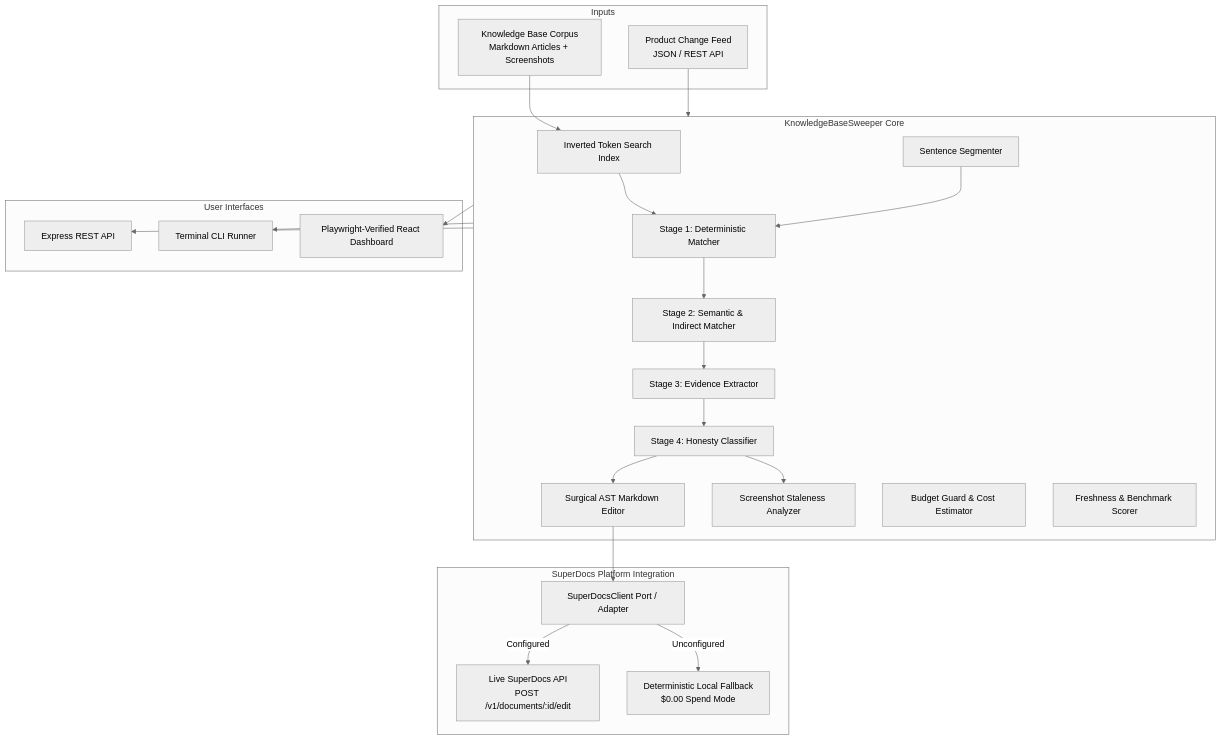
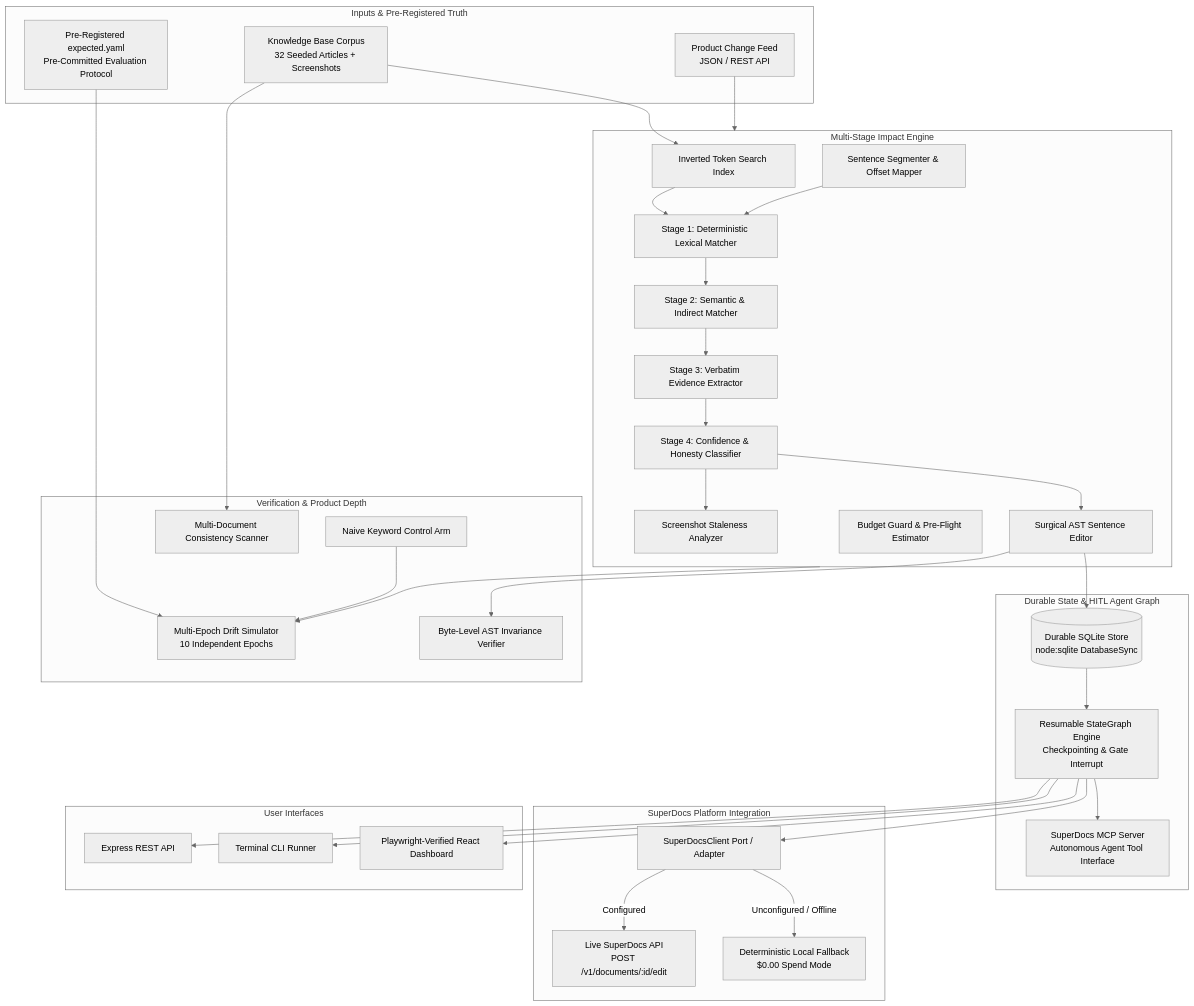
One commit to deadheaven07/superdocs-builds changed the first of 2 diagrams in extensions/deadheaven07/knowledge-base-freshness-sweeper/ARCHITECTURE.md. Above: the diagram before and after it, drawn with Mermaid (neutral theme). The commit also changed other lines of this file and 31 other files, not shown here.

Commit message:
feat(sweeper): upgrade to top-2 candidate with control-arm drift benchmark, durable sqlite, resumable agent-graph, and mcp server

````diff
--- a/extensions/deadheaven07/knowledge-base-freshness-sweeper/ARCHITECTURE.md
+++ b/extensions/deadheaven07/knowledge-base-freshness-sweeper/ARCHITECTURE.md
@@ -9,45 +10,66 @@
 ```mermaid
 graph TD
-    subgraph InputLayer [Inputs]
+    subgraph InputsAndGroundTruth [Inputs & Pre-Registered Truth]
         CF[Product Change Feed<br/>JSON / REST API]
-        KB[Knowledge Base Corpus<br/>Markdown Articles + Screenshots]
+        KB[Knowledge Base Corpus<br/>32 Seeded Articles + Screenshots]
+        YAML[Pre-Registered expected.yaml<br/>Pre-Committed Evaluation Protocol]
     end
 
-    subgraph CoreEngine [KnowledgeBaseSweeper Core]
+    subgraph CoreDetector [Multi-Stage Impact Engine]
         IDX[Inverted Token Search Index]
-        S0[Sentence Segmenter]
-        S1[Stage 1: Deterministic Matcher]
+        S0[Sentence Segmenter & Offset Mapper]
+        S1[Stage 1: Deterministic Lexical Matcher]
         S2[Stage 2: Semantic & Indirect Matcher]
-        S3[Stage 3: Evidence Extractor]
-        S4[Stage 4: Honesty Classifier]
-        AST[Surgical AST Markdown Editor]
+        S3[Stage 3: Verbatim Evidence Extractor]
+        S4[Stage 4: Confidence & Honesty Classifier]
         SS[Screenshot Staleness Analyzer]
-        BG[Budget Guard & Cost Estimator]
-        FS[Freshness & Benchmark Scorer]
+        AST[Surgical AST Sentence Editor]
+        BG[Budget Guard & Pre-Flight Estimator]
+    end
+
+    subgraph DurableStorageAndAgentGraph [Durable State & HITL Agent Graph]
+        DB[(Durable SQLite Store<br/>node:sqlite DatabaseSync)]
+        AG[Resumable StateGraph Engine<br/>Checkpointing & Gate Interrupt]
+        MCP[SuperDocs MCP Server<br/>Autonomous Agent Tool Interface]
+    end
+
+    subgraph ScienceAndVerification [Verification & Product Depth]
+        CA[Naive Keyword Control Arm]
+        DS[Multi-Epoch Drift Simulator<br/>10 Independent Epochs]
+        ASTV[Byte-Level AST Invariance Verifier]
+        CC[Multi-Document Consistency Scanner]
     end
 
     subgraph IntegrationLayer [SuperDocs Platform Integration]
         PORT[SuperDocsClient Port / Adapter]
         LIVE[Live SuperDocs API<br/>POST /v1/documents/:id/edit]
         FALLBACK[Deterministic Local Fallback<br/>$0.00 Spend Mode]
     end
 
     subgraph InterfaceLayer [User Interfaces]
         API[Express REST API]
         CLI[Terminal CLI Runner]
         UI[Playwright-Verified React Dashboard]
     end
 
-    CF --> CoreEngine
+    CF --> CoreDetector
     KB --> IDX
     IDX --> S1
     S0 --> S1 --> S2 --> S3 --> S4
     S4 --> AST
     S4 --> SS
-    AST --> PORT
+    AST --> DB
+    DB --> AG
+    AG --> MCP
+    AG --> UI
+    AG --> API
+    AG --> CLI
+    YAML --> DS
+    CoreDetector --> DS
+    CA --> DS
+    AST --> ASTV
+    KB --> CC
+    AG --> PORT
     PORT -->|Configured| LIVE
-    PORT -->|Unconfigured| FALLBACK
-    CoreEngine --> API
-    CoreEngine --> CLI
-    CoreEngine --> UI
+    PORT -->|Unconfigured / Offline| FALLBACK
 ```
````
